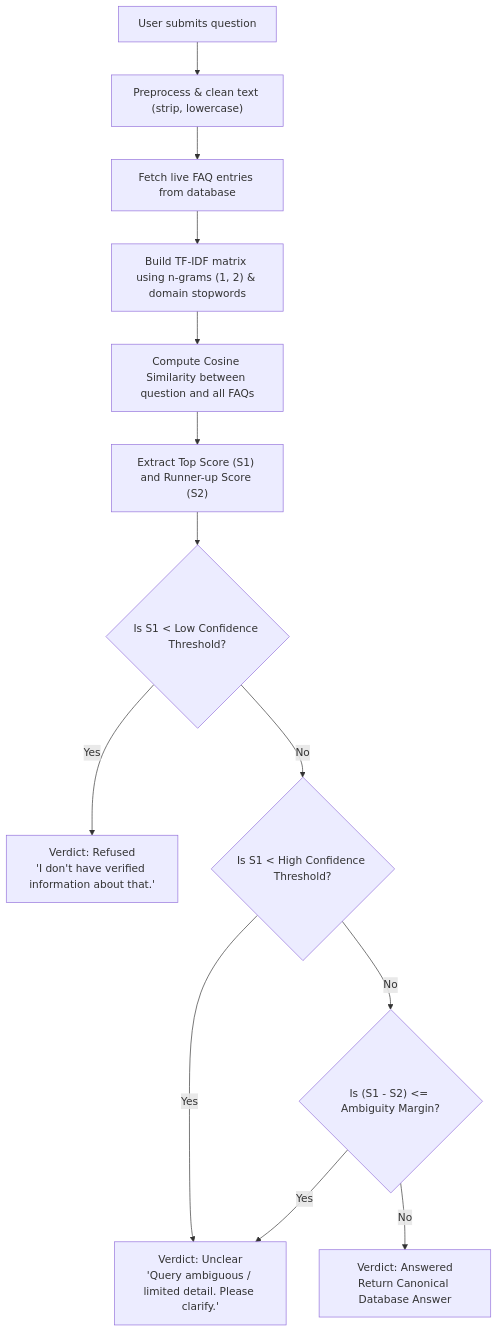
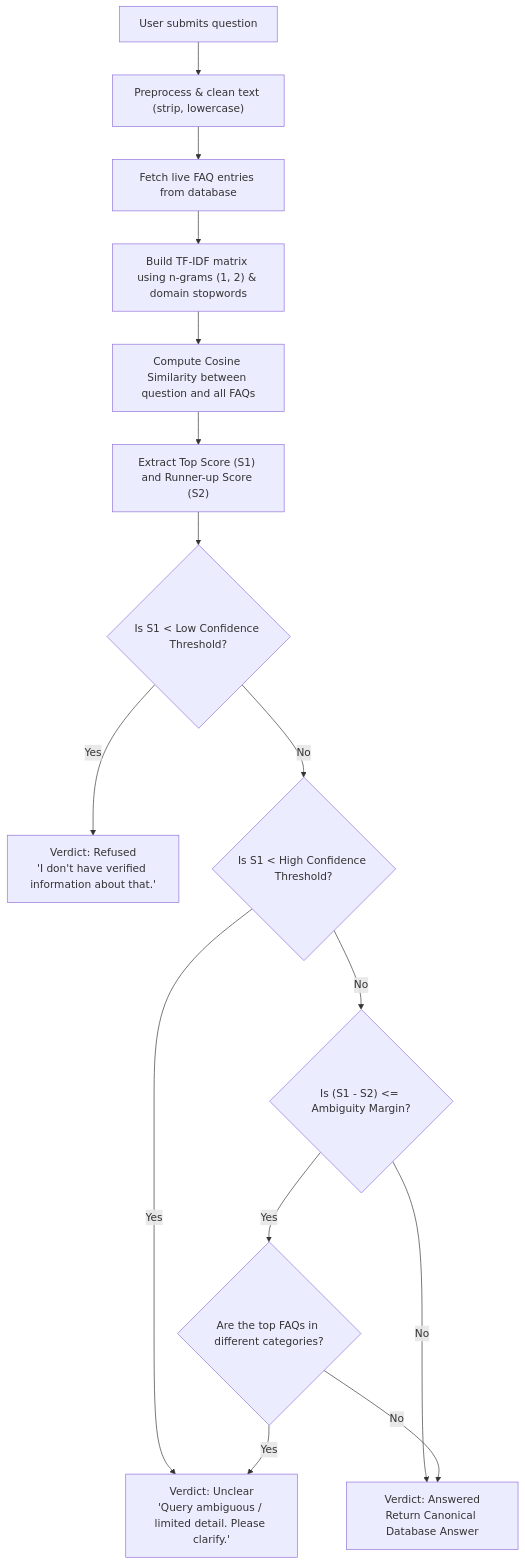
The second of 2 diagrams in README.md (pretheka-pre/archintx-arclite), drawn with Mermaid before and after one commit. The commit also changed other lines of this file and 12 other files, not shown here.

````diff
--- a/README.md
+++ b/README.md
@@ -149,15 +184,17 @@
 ```mermaid
 flowchart TD
     A["User submits question"] --> B["Preprocess & clean text (strip, lowercase)"]
     B --> C["Fetch live FAQ entries from database"]
     C --> D["Build TF-IDF matrix using n-grams (1, 2) & domain stopwords"]
     D --> E["Compute Cosine Similarity between question and all FAQs"]
     E --> F["Extract Top Score (S1) and Runner-up Score (S2)"]
     F --> G{"Is S1 < Low Confidence Threshold?"}
     G -- "Yes" --> H["Verdict: Refused<br/>'I don't have verified information about that.'"]
     G -- "No" --> I{"Is S1 < High Confidence Threshold?"}
     I -- "Yes" --> J["Verdict: Unclear<br/>'Query ambiguous / limited detail. Please clarify.'"]
     I -- "No" --> K{"Is (S1 - S2) <= Ambiguity Margin?"}
-    K -- "Yes" --> J
     K -- "No" --> L["Verdict: Answered<br/>Return Canonical Database Answer"]
+    K -- "Yes" --> M{"Are the top FAQs in different categories?"}
+    M -- "Yes" --> J
+    M -- "No" --> L
 ```
````
